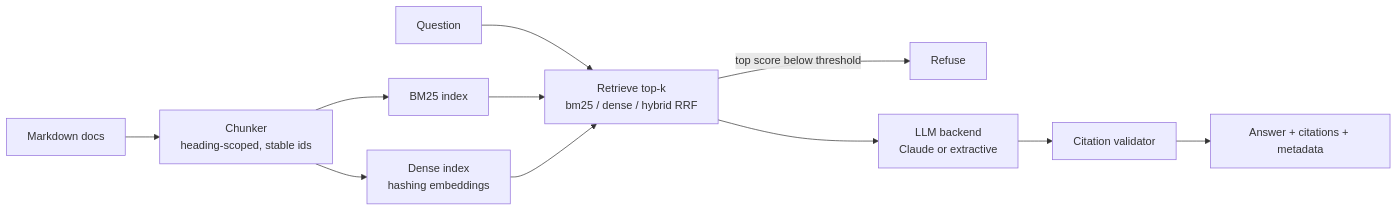
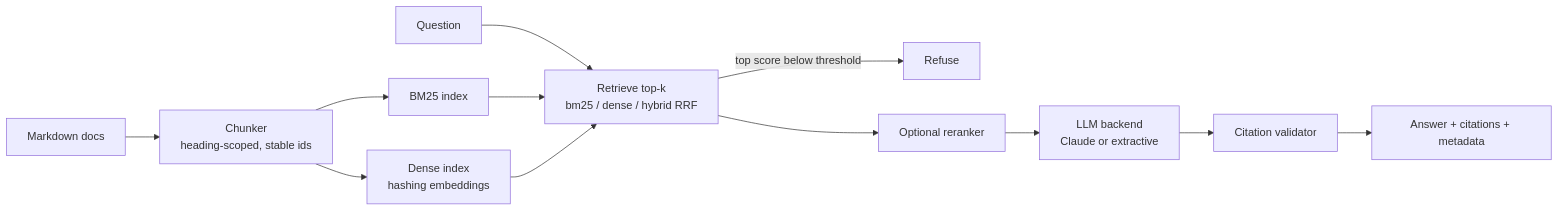
Before and after one commit to ChauHuynh17071994/docs-rag-evals: the diagram in README.md, drawn with Mermaid. The commit also changed other lines of this file and 1 other file, not shown here.

````diff
--- a/README.md
+++ b/README.md
@@ -22,13 +22,14 @@
 ```mermaid
 flowchart LR
     D[Markdown docs] --> C[Chunker<br/>heading-scoped, stable ids]
     C --> I[BM25 index]
     C --> E[Dense index<br/>hashing embeddings]
     Q[Question] --> R[Retrieve top-k<br/>bm25 / dense / hybrid RRF]
     I --> R
     E --> R
     R -->|top score below threshold| X[Refuse]
-    R --> L[LLM backend<br/>Claude or extractive]
+    R --> RR[Optional reranker]
+    RR --> L[LLM backend<br/>Claude or extractive]
     L --> V[Citation validator]
     V --> A[Answer + citations + metadata]
 ```
````
